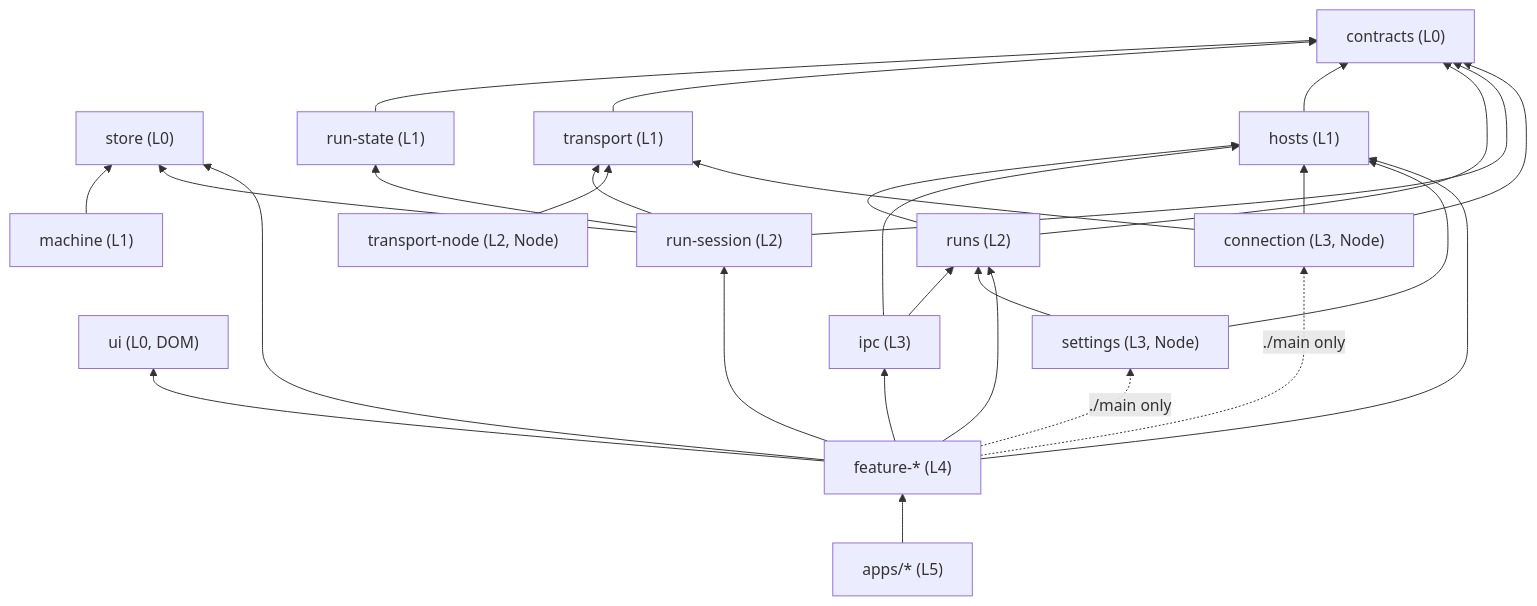
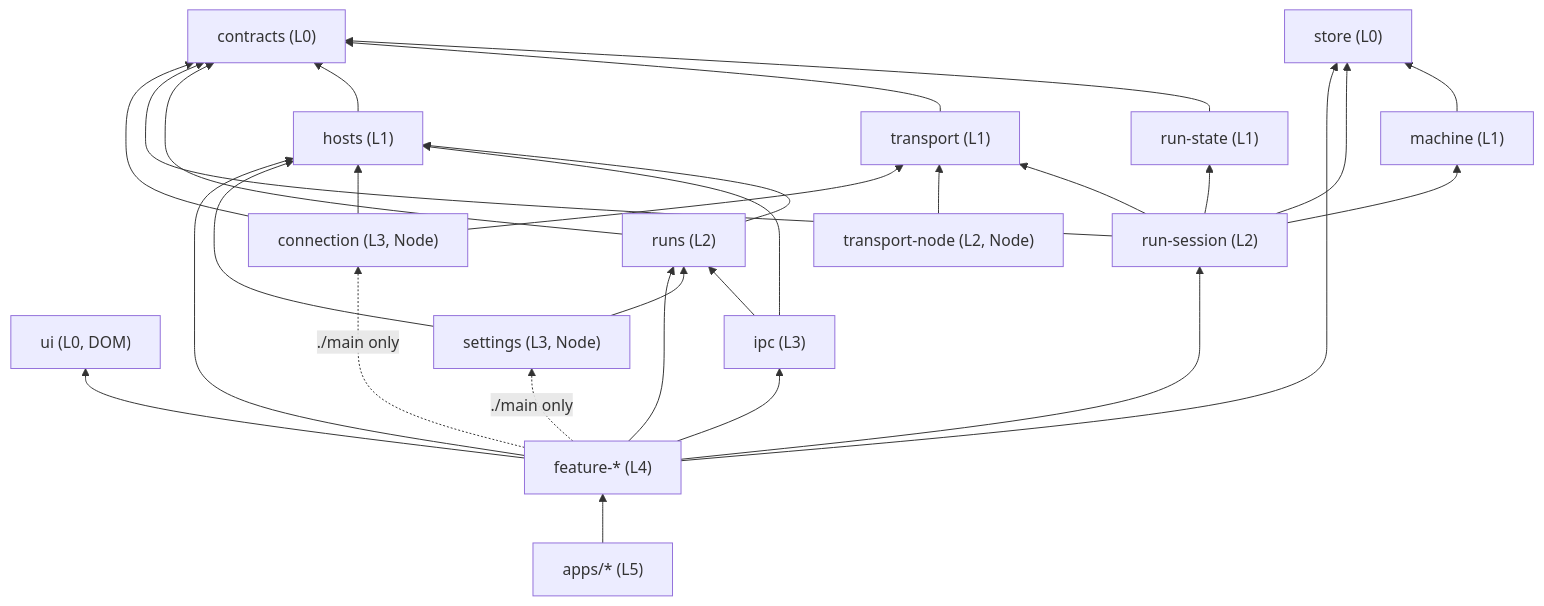
Before and after one commit to uw-syfi/vibesys: the diagram in docs/contributing/clients-architecture.md, drawn with Mermaid. The commit also changed other lines of this file and 15 other files, not shown here.

First line of the commit message:
refactor(clients): run-session's session lifecycle as an XState machine

````diff
--- a/docs/contributing/clients-architecture.md
+++ b/docs/contributing/clients-architecture.md
@@ -69,19 +69,19 @@
 ```mermaid
 flowchart BT
   contracts["contracts (L0)"]
   ui["ui (L0, DOM)"]
   store["store (L0)"]
   run-state["run-state (L1)"] --> contracts
   transport["transport (L1)"] --> contracts
   hosts["hosts (L1)"] --> contracts
   runs["runs (L2)"] --> contracts & hosts
   machine["machine (L1)"] --> store
-  run-session["run-session (L2)"] --> contracts & run-state & transport & store
+  run-session["run-session (L2)"] --> contracts & run-state & transport & store & machine
   transport-node["transport-node (L2, Node)"] --> transport
   ipc["ipc (L3)"] --> hosts & runs
   connection["connection (L3, Node)"] --> contracts & transport & hosts
   settings["settings (L3, Node)"] --> hosts & runs
   features["feature-* (L4)"] --> run-session & runs & hosts & ipc & ui & store
   features -. "./main only" .-> connection & settings
   apps["apps/* (L5)"] --> features
 ```
````
